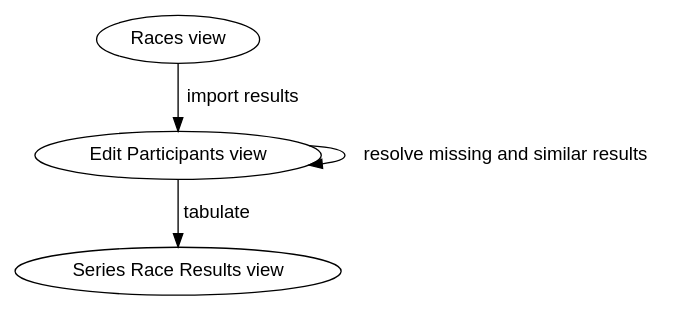
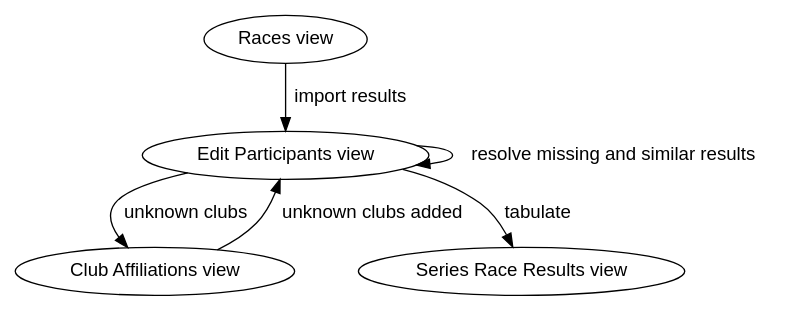
Before and after one commit to louking/rrwebapp: the second of 2 diagrams in docs/scoring-admin-guide.rst, drawn with Graphviz. The commit also changed other lines of this file and 3 other files, not shown here.

```diff
--- a/docs/scoring-admin-guide.rst
+++ b/docs/scoring-admin-guide.rst
@@ -92,10 +103,12 @@
 .. graphviz::
 
     digraph records {
          graph [fontname = "helvetica"];
          node [fontname = "helvetica"];
          edge [fontname = "helvetica"];
          "Races view" -> "Edit Participants view"[label="import results"];
          "Edit Participants view" -> "Edit Participants view"[label="resolve missing and similar results"];
+         "Edit Participants view" -> "Club Affiliations view"[label="unknown clubs"];
+         "Club Affiliations view" -> "Edit Participants view"[label="unknown clubs added"];
          "Edit Participants view" -> "Series Race Results view"[label="tabulate"]
      }
```
